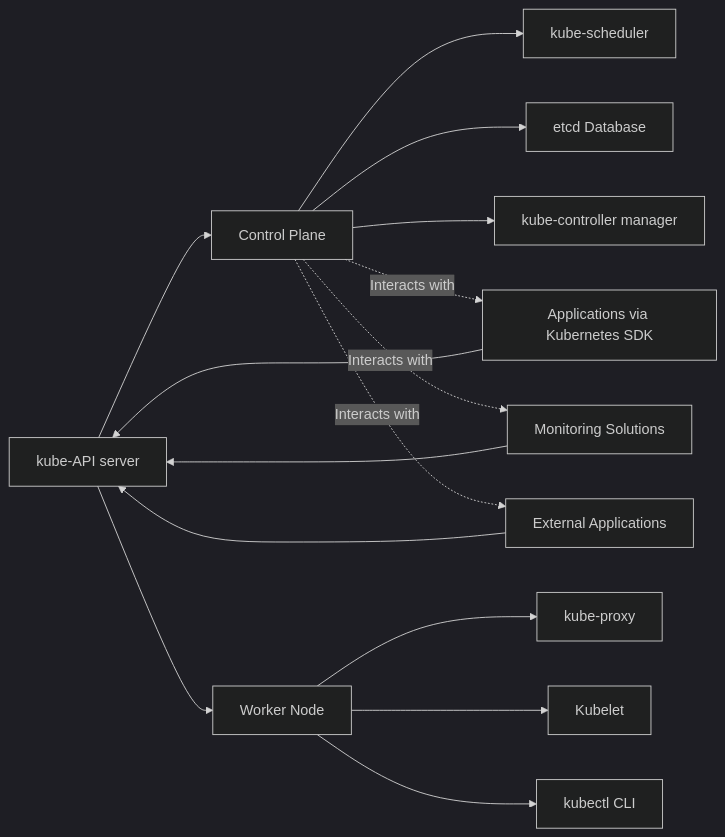
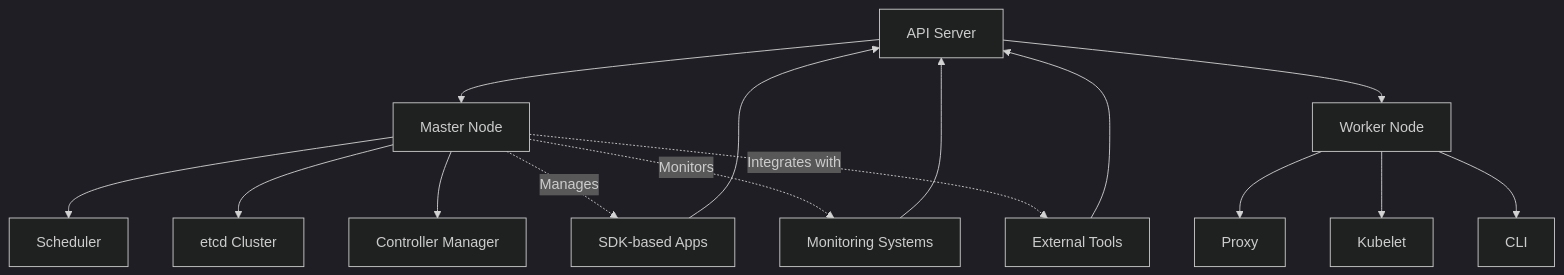
One commit to 007chiragshah/tucana changed the first of 2 diagrams in Architecture_Overview.md. Above: the diagram before and after it, drawn with Mermaid (dark theme).

````diff
--- a/Architecture_Overview.md
+++ b/Architecture_Overview.md
@@ -20,20 +20,20 @@
   ```mermaid 
-  graph LR
-    A[kube-API server] --> B[Control Plane]
-    B --> C[kube-scheduler]
-    B --> D[etcd Database]
-    B --> E[kube-controller manager]
+  graph TB
+    A[API Server] --> B[Master Node]
+    B --> C[Scheduler]
+    B --> D[etcd Cluster]
+    B --> E[Controller Manager]
 
     A --> F[Worker Node]
-    F --> G[kube-proxy]
+    F --> G[Proxy]
     F --> H[Kubelet]
-    F --> I[kubectl CLI]
+    F --> I[CLI]
 
-    J[Applications via Kubernetes SDK] --> A
-    K[Monitoring Solutions] --> A
-    L[External Applications] --> A
+    J[SDK-based Apps] --> A
+    K[Monitoring Systems] --> A
+    L[External Tools] --> A
 
-    B -.->|Interacts with| J
-    B -.->|Interacts with| K
-    B -.->|Interacts with| L
+    B -.->|Manages| J
+    B -.->|Monitors| K
+    B -.->|Integrates with| L
   ```
````
